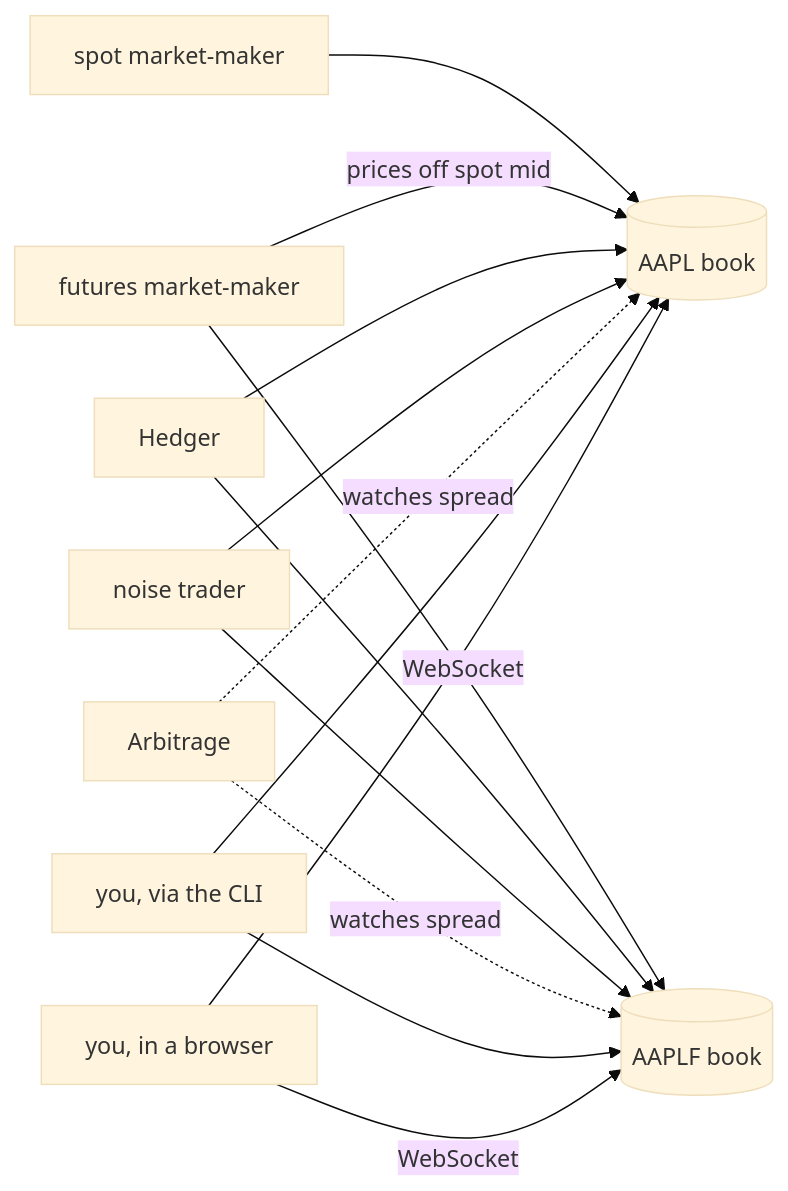
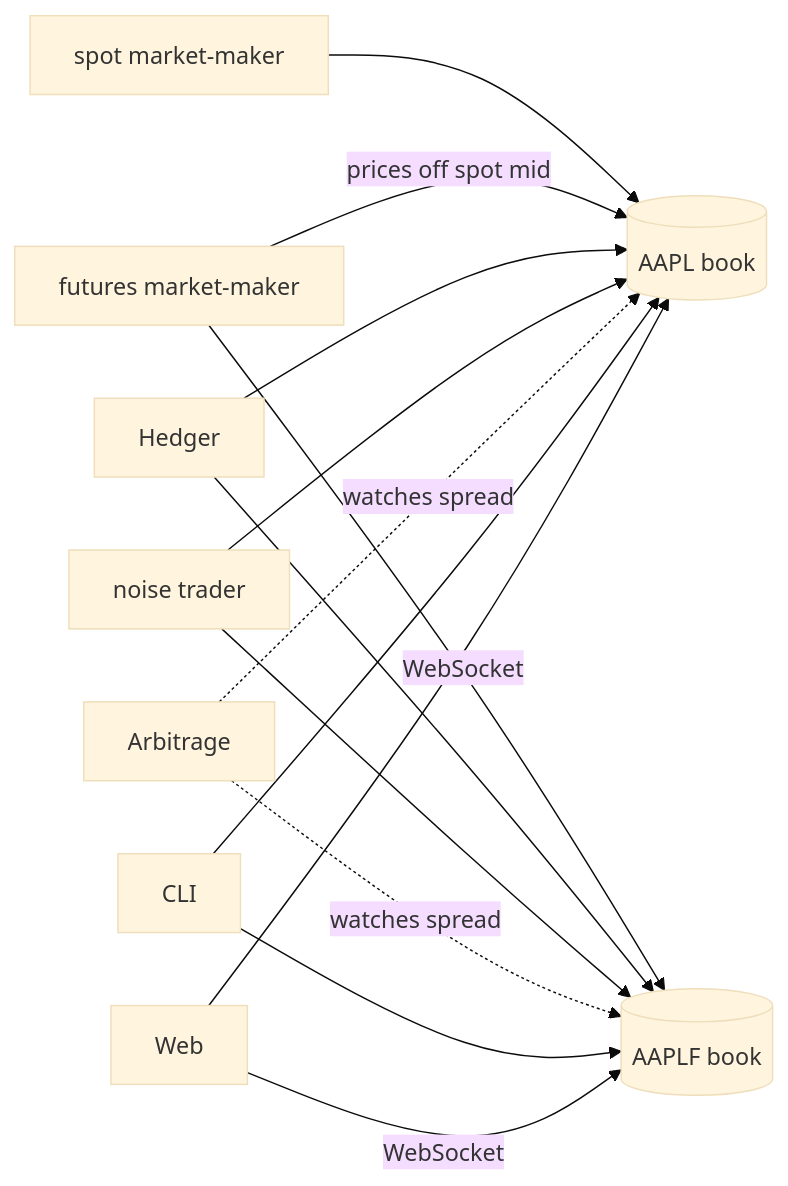
One commit to guilhermemcandido/janus changed the diagram in README.md. Above: the diagram before and after it, drawn with Mermaid (base theme). The commit also changed other lines of this file and 2 other files, not shown here.

Commit message:
Tighten doc tone and diagram labels
Replaced casual "not guessed"/"rather than guessed" phrasing in
README/TODO/ARCHITECTURE with plain, passive statements of fact.
Renamed the diagram's "you, via the CLI" / "you, in a browser" nodes
to plain CLI / Web, consistent with how the other participants are
labeled.

````diff
--- a/README.md
+++ b/README.md
@@ -11,16 +11,16 @@
 ```mermaid
 flowchart LR
     Spot[spot market-maker] --> AAPL[(AAPL book)]
     Futures[futures market-maker] -->|prices off spot mid| AAPL
     Futures --> AAPLF[(AAPLF book)]
     Hedger --> AAPL
     Hedger --> AAPLF
     Noise[noise trader] --> AAPL
     Noise --> AAPLF
     Arbitrage -.->|watches spread| AAPL
     Arbitrage -.->|watches spread| AAPLF
-    You[you, via the CLI] --> AAPL
-    You --> AAPLF
-    Browser[you, in a browser] -->|WebSocket| AAPL
-    Browser -->|WebSocket| AAPLF
+    CLI --> AAPL
+    CLI --> AAPLF
+    Web -->|WebSocket| AAPL
+    Web -->|WebSocket| AAPLF
 ```
````
